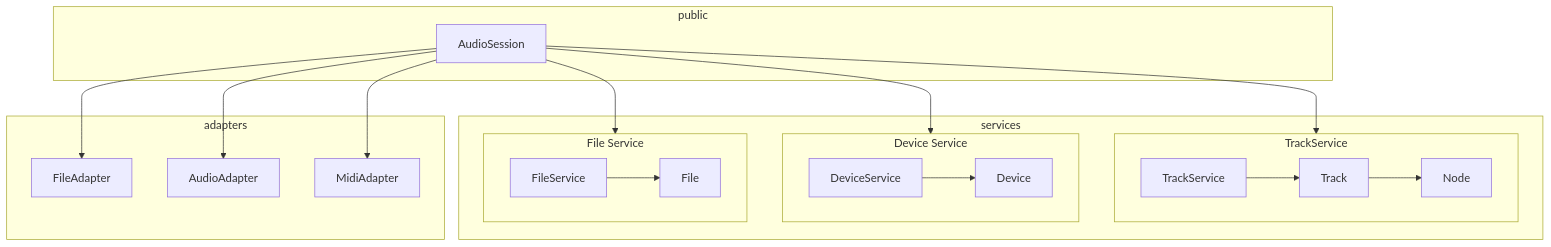
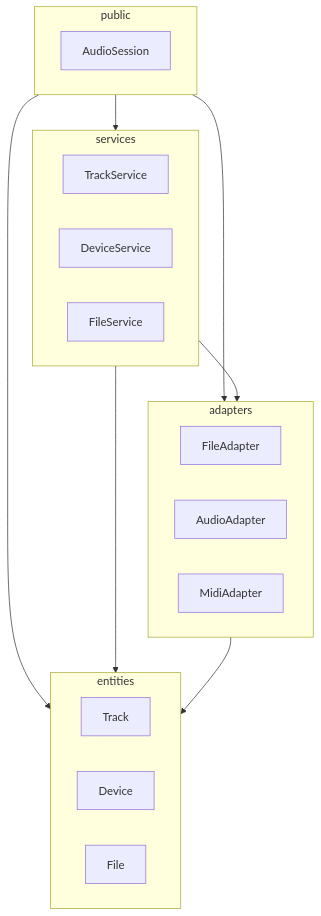
Before and after one commit to aidan-clyens/miniaudioengine: the eighth of 22 diagrams in docs/DESIGN_DOC.md, drawn with Mermaid. The commit also changed other lines of this file and 1 other file, not shown here.

````diff
--- a/docs/DESIGN_DOC.md
+++ b/docs/DESIGN_DOC.md
@@ -289,49 +297,32 @@
 ```mermaid
 graph TD
 
     subgraph public
         AudioSession
     end
 
     subgraph services
-        graphService
-        deviceService
-        fileService
+        TrackService
+        DeviceService
+        FileService
     end
 
-    subgraph graphService["TrackService"]
-        TrackService
+    subgraph entities
         Track
-        Node
-    end
-
-    subgraph deviceService["Device Service"]
-        DeviceService
         Device
-    end
-
-    subgraph fileService["File Service"]
-        FileService
         File
     end
 
     subgraph adapters
         FileAdapter
         AudioAdapter
         MidiAdapter
     end
 
-    AudioSession --> graphService
-    AudioSession --> deviceService
-    AudioSession --> fileService
-
-    AudioSession --> AudioAdapter
-    AudioSession --> MidiAdapter
-    AudioSession --> FileAdapter
-
-    TrackService --> Track
-    DeviceService --> Device
-    FileService --> File
-
-    Track --> Node
+    public --> adapters
+    public --> services
+    public --> entities
+    services --> entities
+    services --> adapters
+    adapters --> entities
 ```
````
